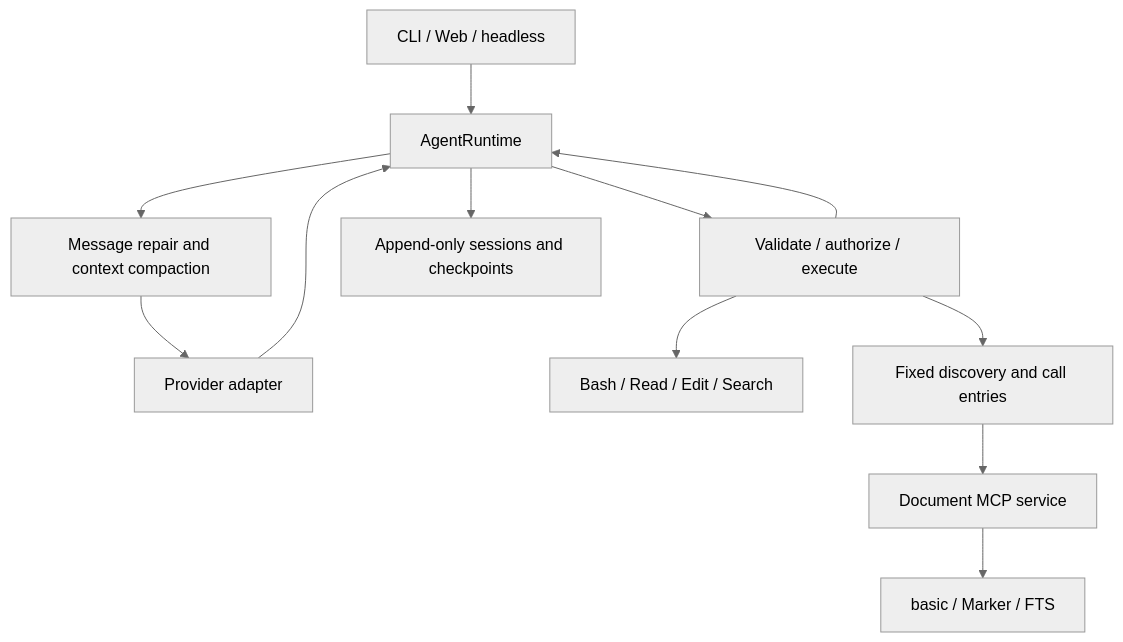
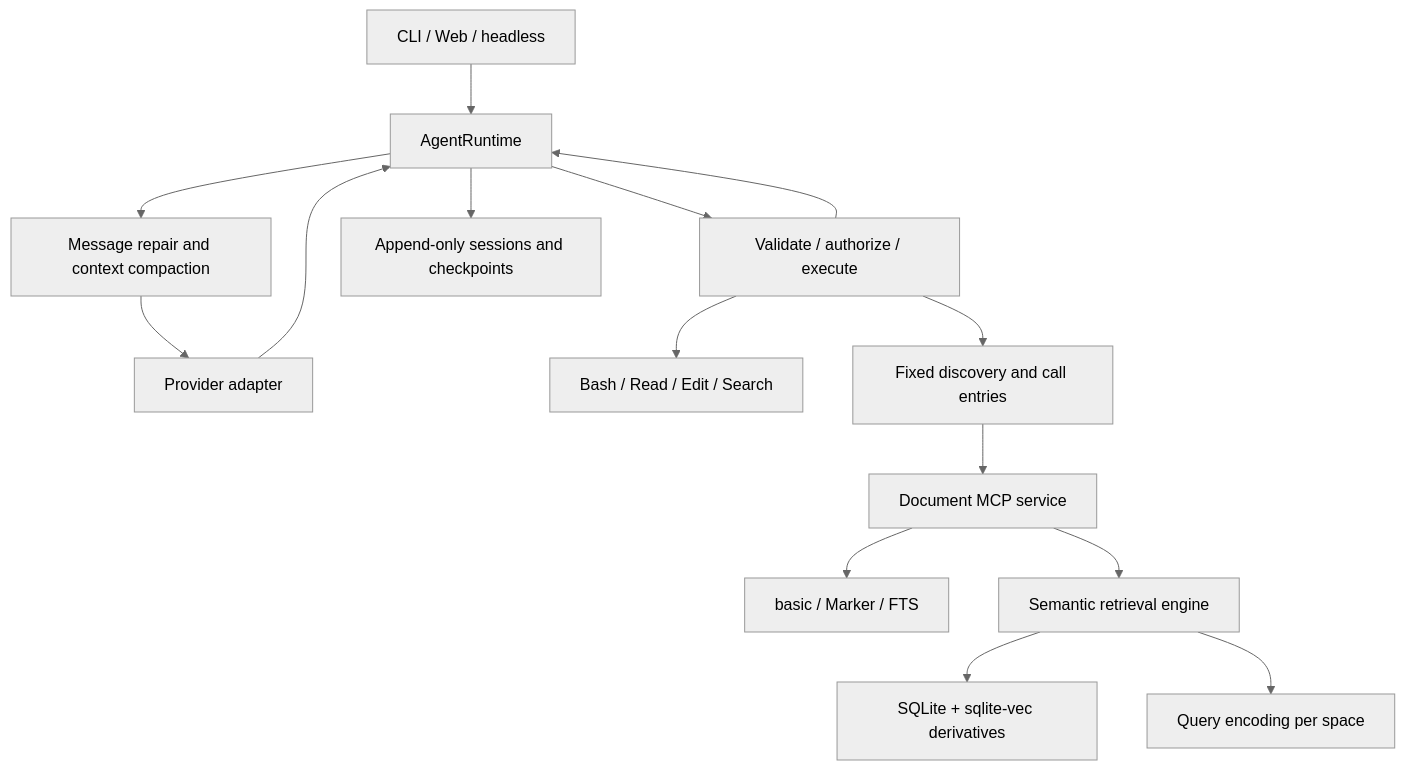
Before and after one commit to wpx147258/DeepCodocx: the first of 2 diagrams in docs/architecture.en.md, drawn with Mermaid (neutral theme). The commit also changed other lines of this file and 77 other files, not shown here.

````diff
--- a/docs/architecture.en.md
+++ b/docs/architecture.en.md
@@ -9,14 +9,17 @@
 ```mermaid
 flowchart TD
     Hosts[CLI / Web / headless] --> Runtime[AgentRuntime]
     Runtime --> Context[Message repair and context compaction]
     Context --> Provider[Provider adapter]
     Provider --> Runtime
     Runtime --> Executor[Validate / authorize / execute]
     Executor --> Native[Bash / Read / Edit / Search]
     Executor --> MCP[Fixed discovery and call entries]
     MCP --> Documents[Document MCP service]
     Documents --> Bundles[basic / Marker / FTS]
+    Documents --> Semantic[Semantic retrieval engine]
+    Semantic --> Vectors[SQLite + sqlite-vec derivatives]
+    Semantic --> Encoders[Query encoding per space]
     Executor --> Runtime
     Runtime --> Session[Append-only sessions and checkpoints]
 ```
````
